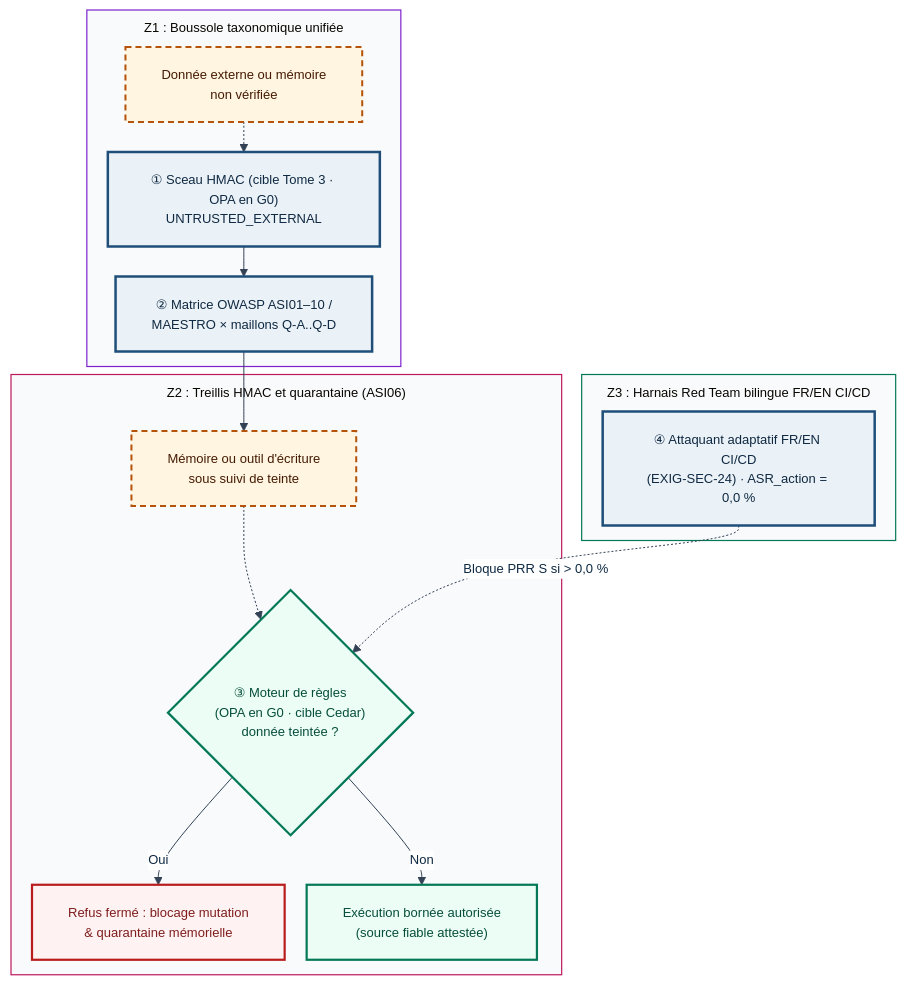
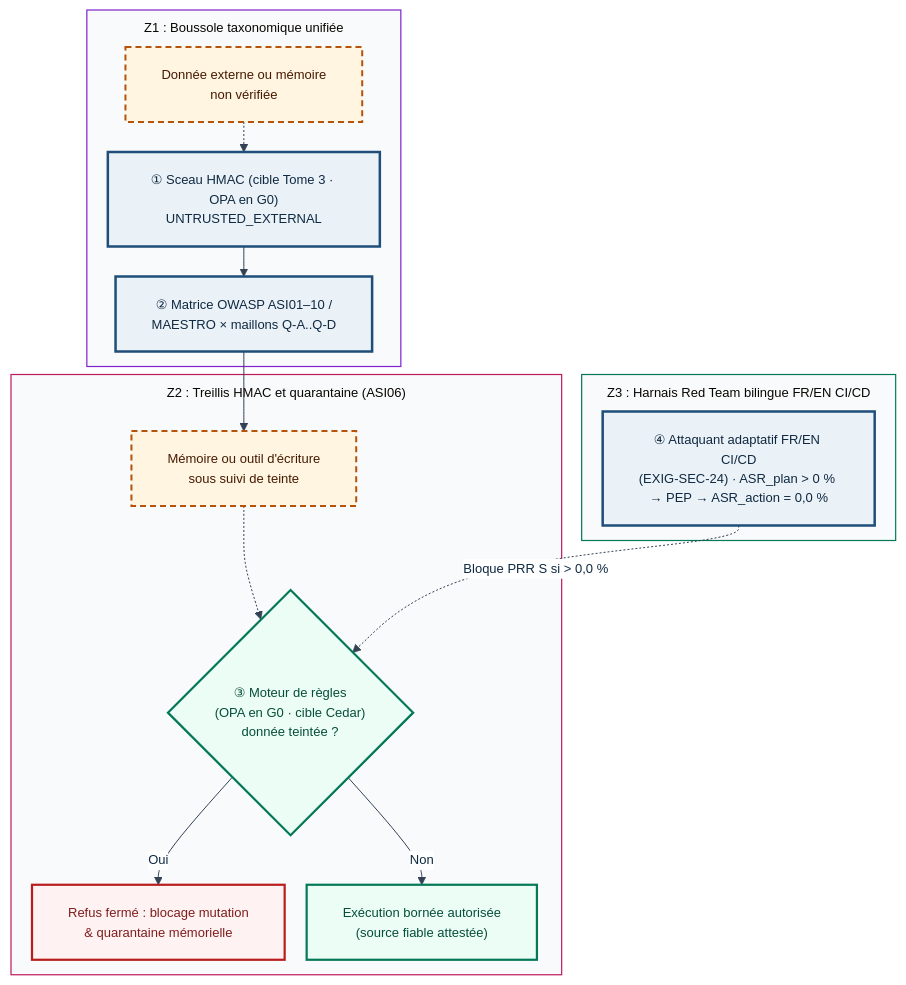
Before and after one commit to agbruneau/Agentique: the diagram in Sources/Compendium/ouvrage/schemas/SCH-19-03.mmd, drawn with Mermaid. The commit also changed 130 other files, not shown here.

```diff
--- a/Sources/Compendium/ouvrage/schemas/SCH-19-03.mmd
+++ b/Sources/Compendium/ouvrage/schemas/SCH-19-03.mmd
@@ -1,29 +1,29 @@
 %%{init: {'theme': 'base', 'themeVariables': {'fontFamily': 'DejaVu Sans', 'fontSize': '13px', 'lineColor': '#334155', 'edgeLabelBackground': '#FFFFFF', 'primaryTextColor': '#0F2942'}, 'flowchart': {'nodeSpacing': 22, 'rankSpacing': 30, 'padding': 18, 'subGraphTitleMargin': {'top': 8, 'bottom': 14}}}}%%
 flowchart TD
   subgraph Z1["Z1 : Boussole taxonomique unifiée"]
     IN["Donnée externe ou mémoire<br/>non vérifiée"]:::prob
     HMAC["① Sceau HMAC (cible Tome 3 · OPA en G0)<br/>UNTRUSTED_EXTERNAL"]:::det
     TAX["② Matrice OWASP ASI01–10 /<br/>MAESTRO × maillons Q-A..Q-D"]:::det
   end
   subgraph Z2["Z2 : Treillis HMAC et quarantaine (ASI06)"]
     MEM["Mémoire ou outil d'écriture<br/>sous suivi de teinte"]:::prob
     CEDAR{"③ Moteur de règles<br/>(OPA en G0 · cible Cedar)<br/>donnée teintée ?"}:::ok
     BLOC["Refus fermé : blocage mutation<br/>& quarantaine mémorielle"]:::danger
     EXEC["Exécution bornée autorisée<br/>(source fiable attestée)"]:::ok
   end
   subgraph Z3["Z3 : Harnais Red Team bilingue FR/EN CI/CD"]
-    RT["④ Attaquant adaptatif FR/EN CI/CD<br/>(EXIG-SEC-24) · ASR_action = 0,0 %"]:::det
+    RT["④ Attaquant adaptatif FR/EN CI/CD<br/>(EXIG-SEC-24) · ASR_plan > 0 % → PEP → ASR_action = 0,0 %"]:::det
   end
   IN -.-> HMAC --> TAX --> MEM -.-> CEDAR
   CEDAR -->|Oui| BLOC
   CEDAR -->|Non| EXEC
   RT -.->|Bloque PRR S si > 0,0 %| CEDAR
 
   classDef det fill:#EBF2F7,stroke:#1E4E79,stroke-width:2.5px,color:#0F2942
   classDef prob fill:#FFF5E0,stroke:#B45309,stroke-width:2px,stroke-dasharray:6 4,color:#451A03
   classDef danger fill:#FEF2F2,stroke:#B91C1C,stroke-width:2.2px,color:#7F1D1D
   classDef ok fill:#ECFDF5,stroke:#047857,stroke-width:2.2px,color:#064E3B
   classDef ext fill:#F3F4F6,stroke:#4B5563,stroke-width:1.5px,color:#111827
   style Z1 fill:#F8FAFC,stroke:#7E22CE,stroke-width:1.2px
   style Z2 fill:#F8FAFC,stroke:#BE185D,stroke-width:1.2px
   style Z3 fill:#F8FAFC,stroke:#047857,stroke-width:1.2px
```
